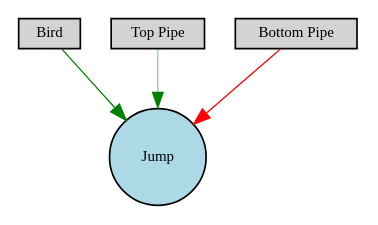
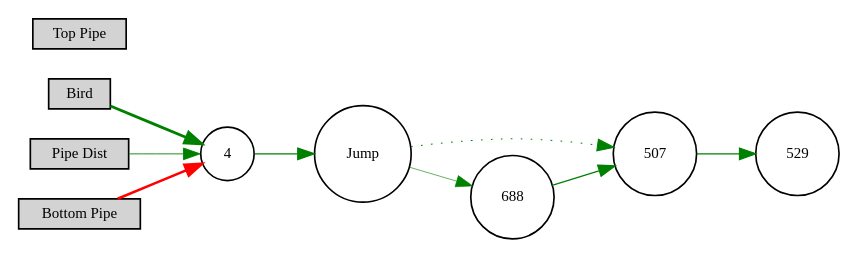
Before and after one commit to Tanisha572/flappy-bird-AI: the diagram in Digraph.gv, drawn with Graphviz. The commit also changed 8 other files, not shown here.

```diff
--- a/Digraph.gv
+++ b/Digraph.gv
@@ -1,10 +1,16 @@
 digraph {
+	graph [rankdir=LR]
 	node [fontsize=9 height=0.2 shape=circle width=0.2]
 	Bird [fillcolor=lightgray shape=box style=filled]
+	"Pipe Dist" [fillcolor=lightgray shape=box style=filled]
 	"Top Pipe" [fillcolor=lightgray shape=box style=filled]
 	"Bottom Pipe" [fillcolor=lightgray shape=box style=filled]
-	Jump [fillcolor=lightblue style=filled]
-	Bird -> Jump [color=green penwidth=0.7888381616874232 style=solid]
-	"Bottom Pipe" -> Jump [color=red penwidth=0.7748809859579469 style=solid]
-	"Top Pipe" -> Jump [color=green penwidth=0.3173361271315996 style=solid]
+	Bird -> 4 [color=green penwidth=1.6460192970308596 style=solid]
+	"Bottom Pipe" -> 4 [color=red penwidth=1.5716365700052994 style=solid]
+	4 -> Jump [color=green penwidth=0.7674335418403827 style=solid]
+	507 -> 529 [color=green penwidth=0.6432850633474688 style=solid]
+	"Pipe Dist" -> 4 [color=green penwidth=0.5252060896293271 style=solid]
+	Jump -> 507 [color=green penwidth=0.6084594025964113 style=dotted]
+	Jump -> 688 [color=green penwidth=0.3606585275812718 style=solid]
+	688 -> 507 [color=green penwidth=0.7440993338979559 style=solid]
 }
```
